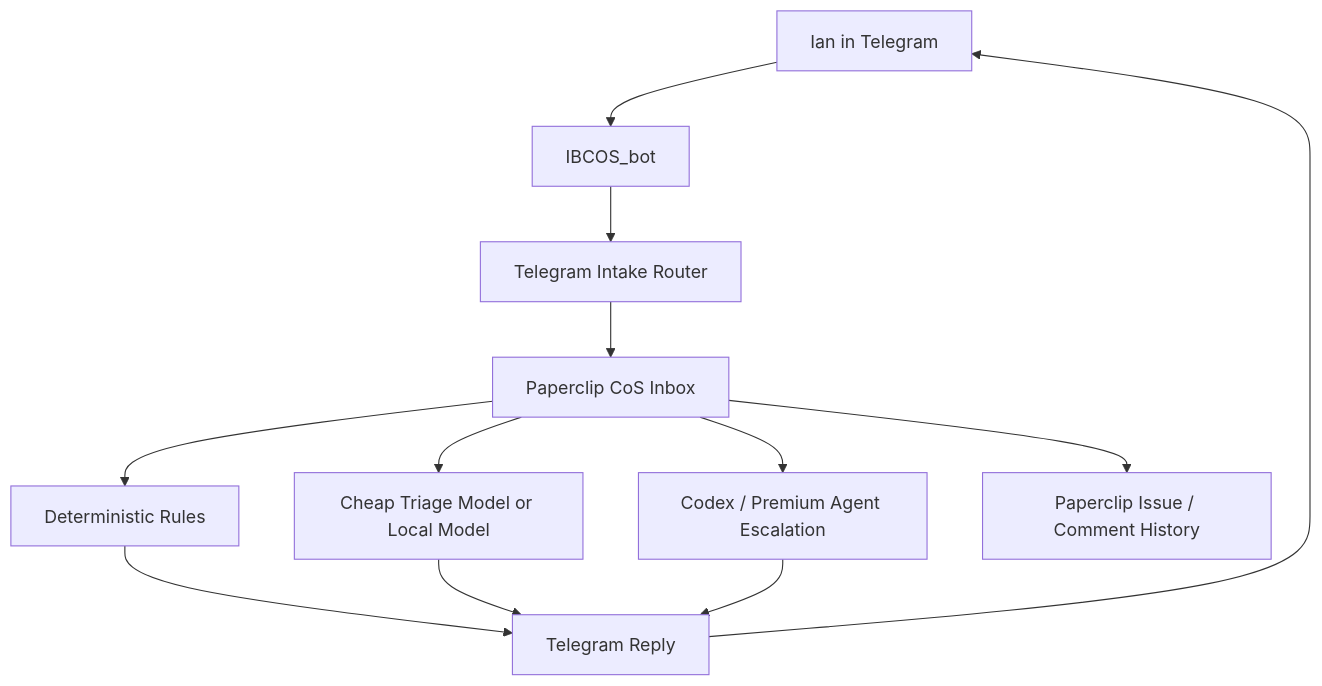
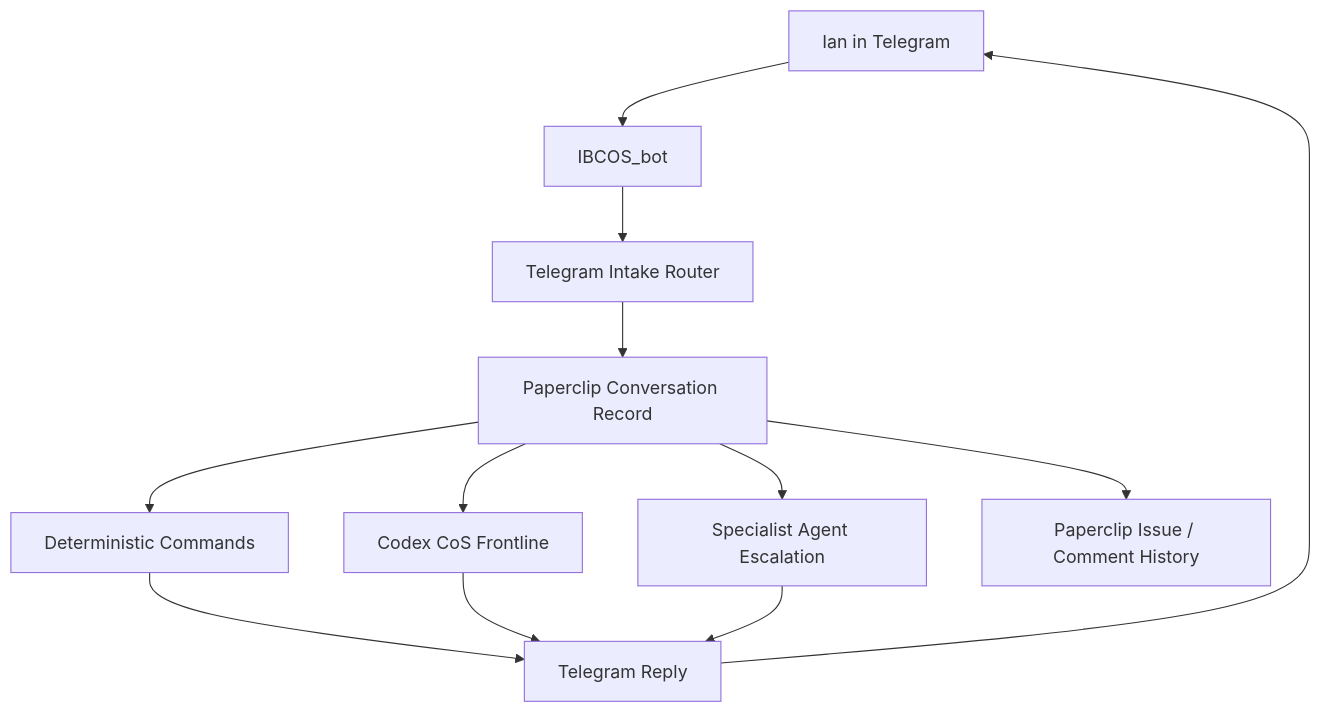
The diagram in docs/COST_OPTIMIZED_COMMUNICATION_ARCHITECTURE.md (ianbel1914-netizen/paperclip), drawn with Mermaid before and after one commit. The commit also changed other lines of this file and 1 other file, not shown here.

````diff
--- a/docs/COST_OPTIMIZED_COMMUNICATION_ARCHITECTURE.md
+++ b/docs/COST_OPTIMIZED_COMMUNICATION_ARCHITECTURE.md
@@ -27,14 +27,14 @@
 ```mermaid
 flowchart TD
   A["Ian in Telegram"] --> B["IBCOS_bot"]
   B --> C["Telegram Intake Router"]
-  C --> D["Paperclip CoS Inbox"]
-  D --> E["Deterministic Rules"]
-  D --> F["Cheap Triage Model or Local Model"]
-  D --> G["Codex / Premium Agent Escalation"]
+  C --> D["Paperclip Conversation Record"]
+  D --> E["Deterministic Commands"]
+  D --> F["Codex CoS Frontline"]
+  D --> G["Specialist Agent Escalation"]
   E --> H["Telegram Reply"]
   F --> H
   G --> H
   H --> A
   D --> I["Paperclip Issue / Comment History"]
 ```
````
